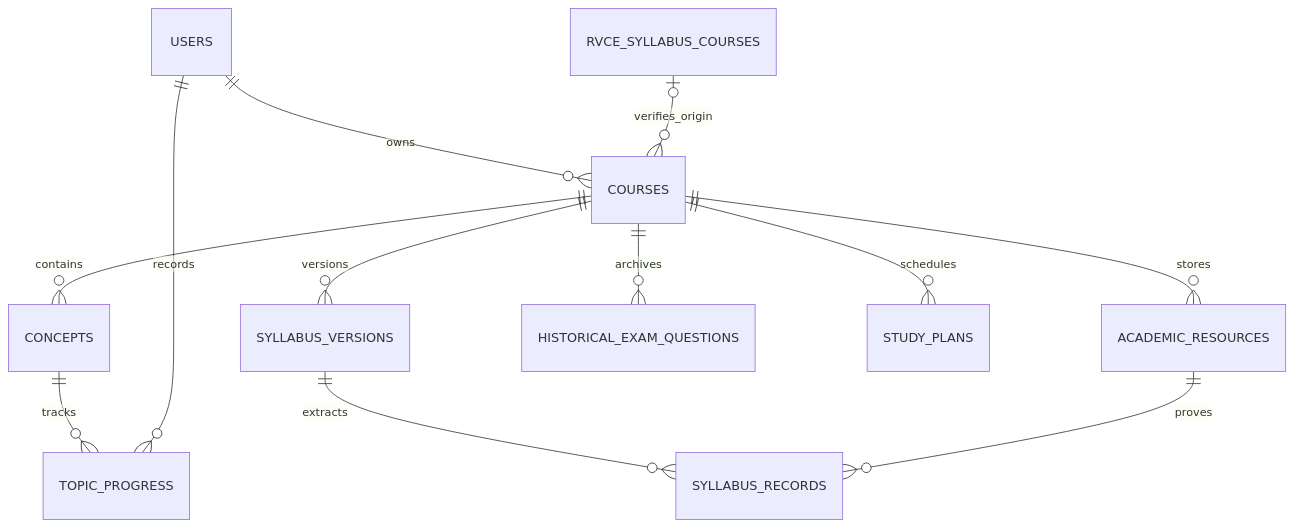
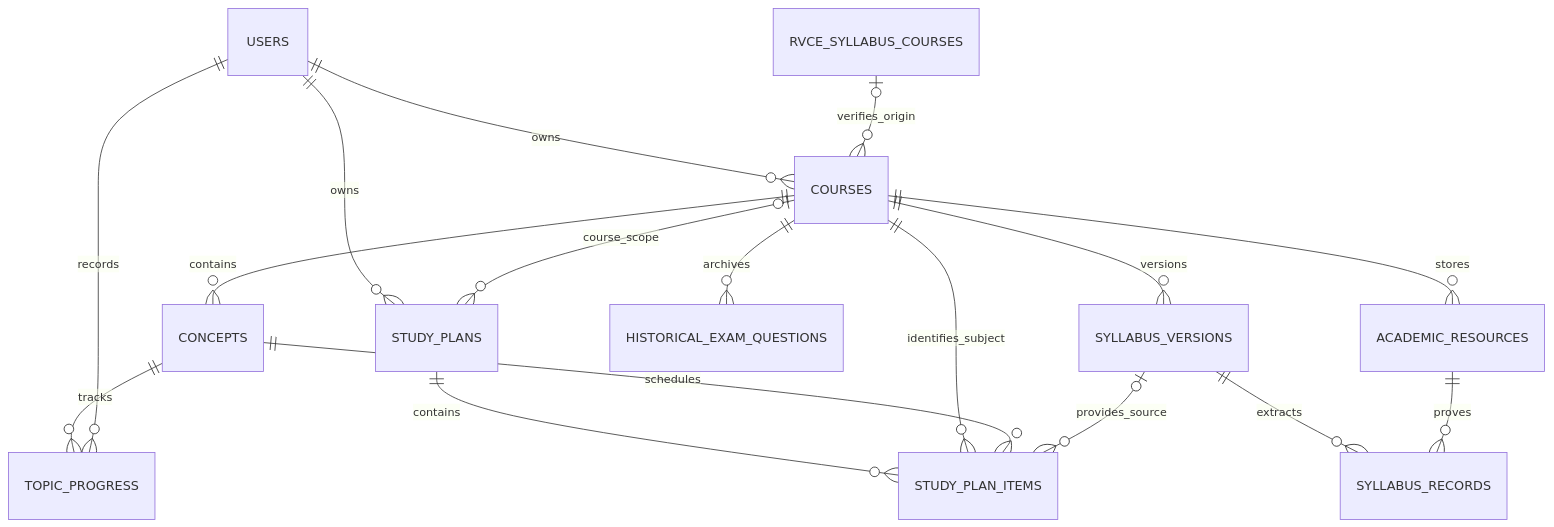
Before and after one commit to Rafi-Sojan/Personalized-Learning-Pathway-Generation-and-Academic-Resource-Management-Platform: the diagram in database/diagrams/er-diagram.md, drawn with Mermaid. The commit also changed other lines of this file and 45 other files, not shown here.

````diff
--- a/database/diagrams/er-diagram.md
+++ b/database/diagrams/er-diagram.md
@@ -10,14 +10,19 @@
 ```mermaid
 erDiagram
   USERS ||--o{ COURSES : owns
   RVCE_SYLLABUS_COURSES o|--o{ COURSES : verifies_origin
   COURSES ||--o{ CONCEPTS : contains
   COURSES ||--o{ ACADEMIC_RESOURCES : stores
   COURSES ||--o{ SYLLABUS_VERSIONS : versions
   SYLLABUS_VERSIONS ||--o{ SYLLABUS_RECORDS : extracts
   ACADEMIC_RESOURCES ||--o{ SYLLABUS_RECORDS : proves
   CONCEPTS ||--o{ TOPIC_PROGRESS : tracks
   USERS ||--o{ TOPIC_PROGRESS : records
   COURSES ||--o{ HISTORICAL_EXAM_QUESTIONS : archives
-  COURSES ||--o{ STUDY_PLANS : schedules
+  USERS ||--o{ STUDY_PLANS : owns
+  COURSES o|--o{ STUDY_PLANS : course_scope
+  STUDY_PLANS ||--o{ STUDY_PLAN_ITEMS : contains
+  COURSES ||--o{ STUDY_PLAN_ITEMS : identifies_subject
+  CONCEPTS ||--o{ STUDY_PLAN_ITEMS : schedules
+  SYLLABUS_VERSIONS o|--o{ STUDY_PLAN_ITEMS : provides_source
 ```
````
